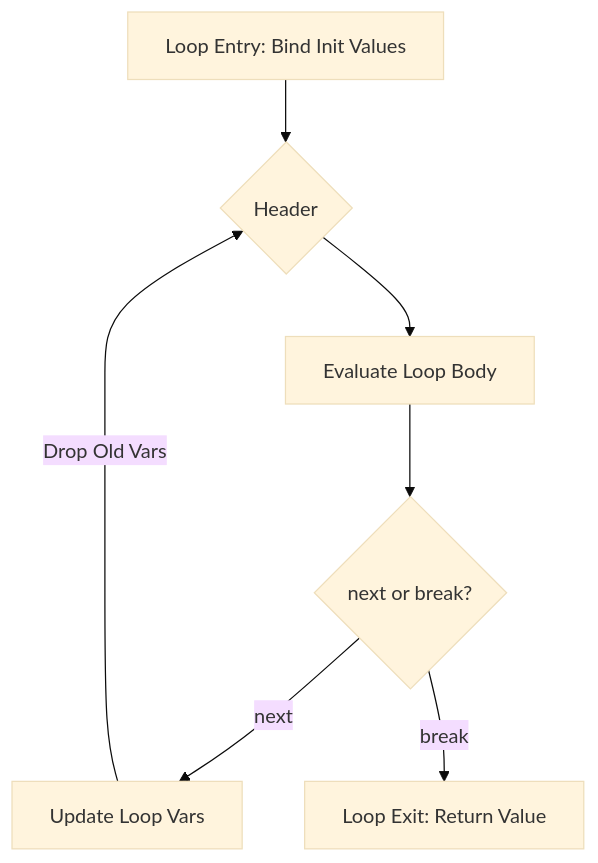
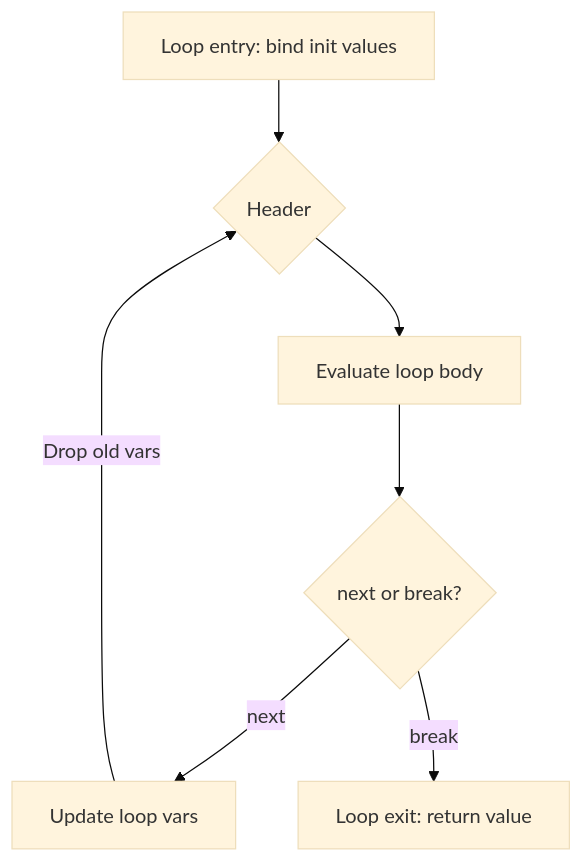
The first of 4 diagrams in Research_Paper.md (MasterBrian99/loreal), drawn with Mermaid (base theme) before and after one commit. The commit also changed other lines of this file, not shown here.

````diff
--- a/Research_Paper.md
+++ b/Research_Paper.md
@@ -101,9 +104,9 @@
 ```mermaid
 graph TD
-    Entry[Loop Entry: Bind Init Values] --> Header{Header}
-    Header --> Body[Evaluate Loop Body]
+    Entry[Loop entry: bind init values] --> Header{Header}
+    Header --> Body[Evaluate loop body]
     Body --> Choice{next or break?}
-    Choice -->|next| Update[Update Loop Vars]
-    Update -->|Drop Old Vars| Header
-    Choice -->|break| Exit[Loop Exit: Return Value]
+    Choice -->|next| Update[Update loop vars]
+    Update -->|Drop old vars| Header
+    Choice -->|break| Exit[Loop exit: return value]
 ```
````
